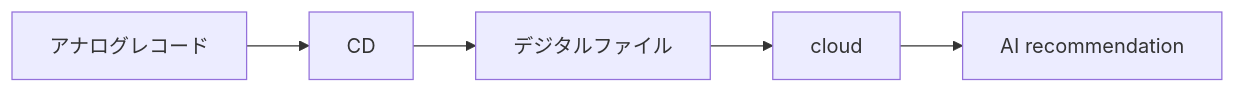
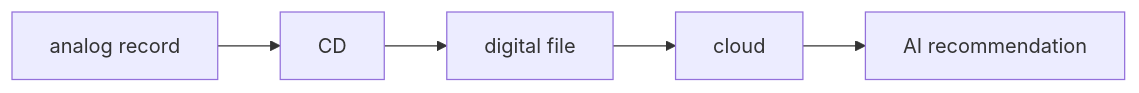
Before and after one commit to monumental-movement/monumental-movement.github.io: the second of 2 diagrams in en/_posts/2026-03-21-column-dj-culture-digital.md, drawn with Mermaid. The commit also changed other lines of this file and 851 other files, not shown here.

```diff
--- a/en/_posts/2026-03-21-column-dj-culture-digital.md
+++ b/en/_posts/2026-03-21-column-dj-culture-digital.md
@@ -149,7 +149,7 @@
 <div class="mermaid">
 flowchart LR
-    A[アナログレコード] --> B[CD]
-    B --> C[デジタルファイル]
+    A[analog record] --> B[CD]
+    B --> C[digital file]
     C --> D[cloud]
     D --> E[AI recommendation]
 </div>
```
